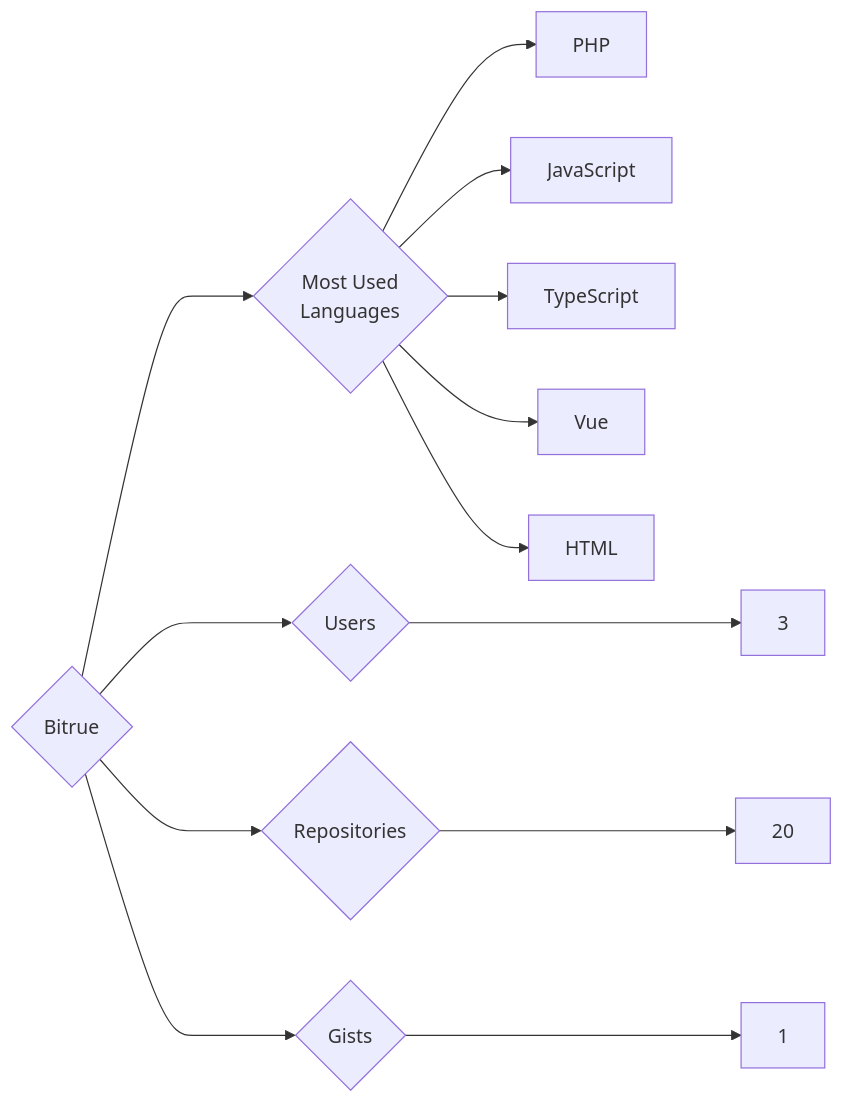
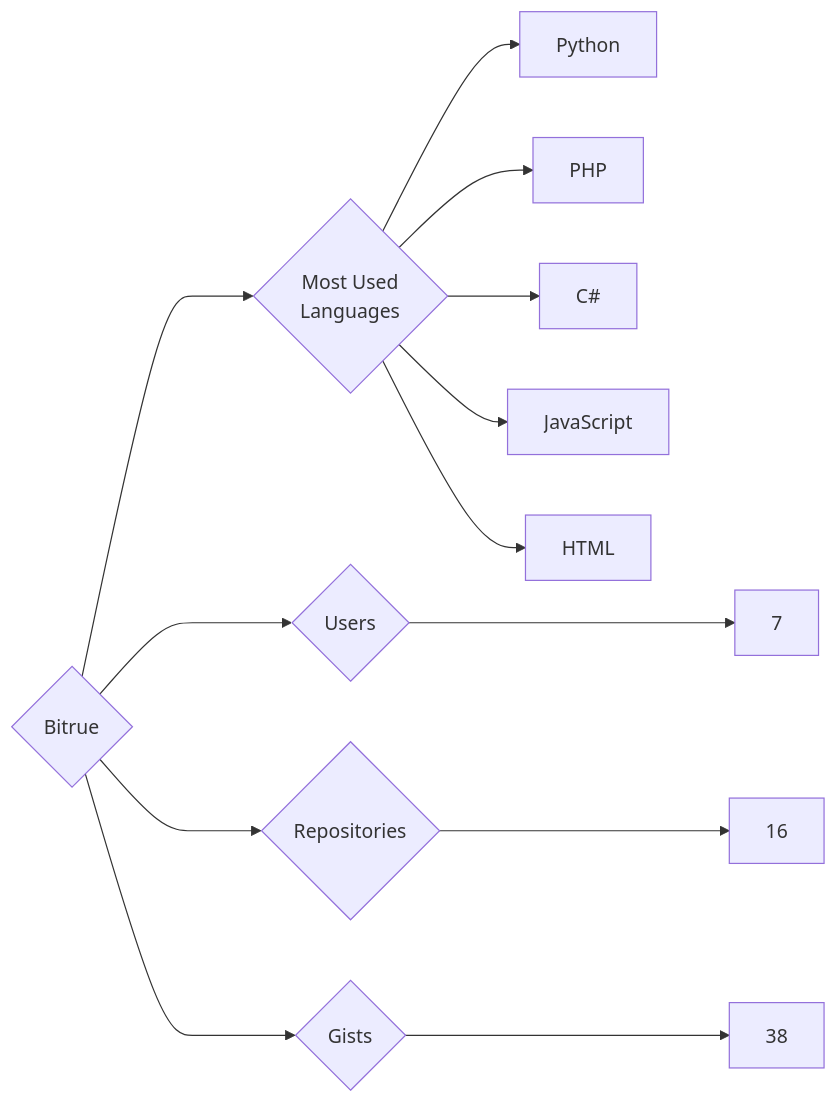
One commit to trickest/insiders changed the diagram in targets/Bitrue/README.md. Above: the diagram before and after it, drawn with Mermaid. The commit also changed 1314 other files, not shown here.

````diff
--- a/targets/Bitrue/README.md
+++ b/targets/Bitrue/README.md
@@ -3,13 +3,13 @@
 ```mermaid
 graph LR
 COMPANY_NAME{Bitrue}
-COMPANY_NAME ---> U{Users} ---> UN[3]
-COMPANY_NAME ---> R{Repositories} ---> RN[20]
-COMPANY_NAME ---> G{Gists} ---> GN[1]
+COMPANY_NAME ---> U{Users} ---> UN[7]
+COMPANY_NAME ---> R{Repositories} ---> RN[16]
+COMPANY_NAME ---> G{Gists} ---> GN[38]
 COMPANY_NAME ---> ML{Most Used<br>Languages}
+ML --> Python[Python]
 ML --> PHP[PHP]
+ML --> C#[C#]
 ML --> JavaScript[JavaScript]
-ML --> TypeScript[TypeScript]
-ML --> Vue[Vue]
 ML --> HTML[HTML]
 ```
````
